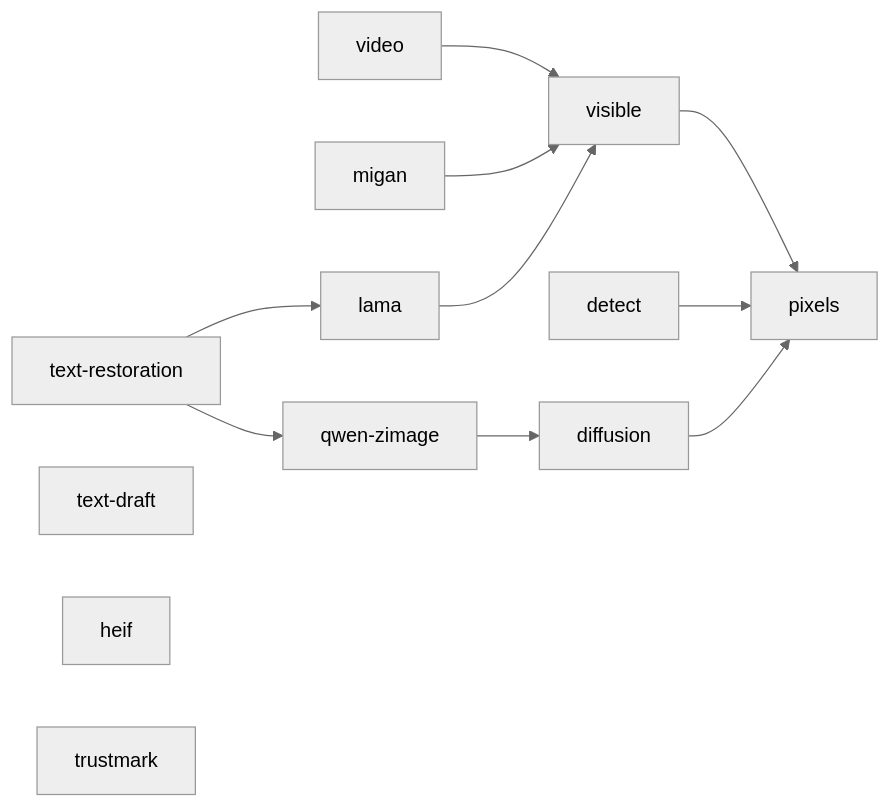
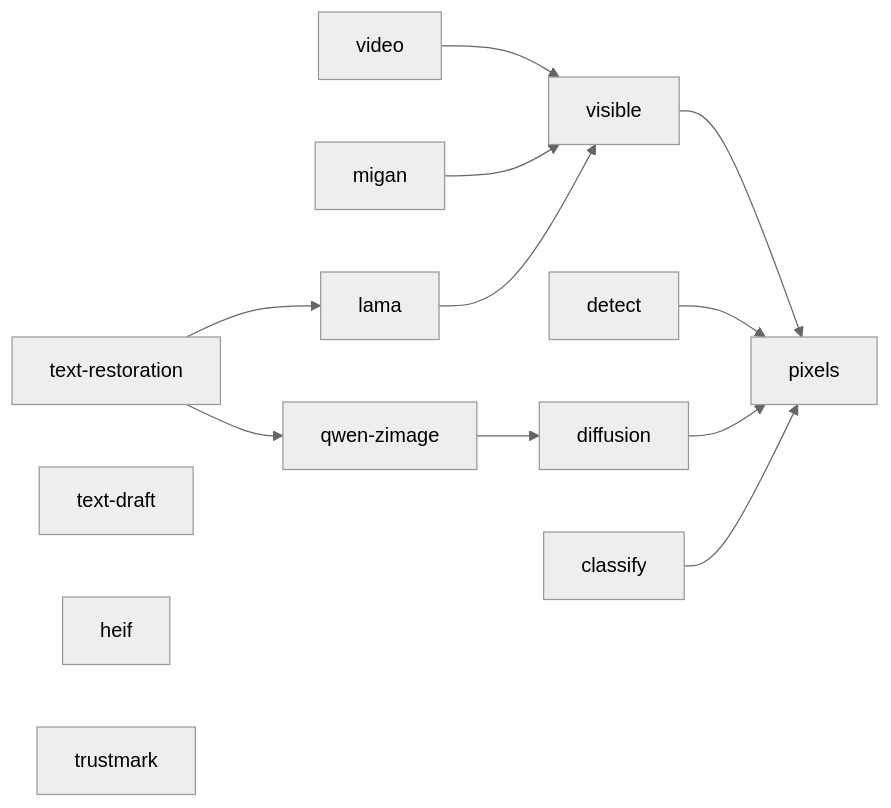
The diagram in docs/installation.md (AlphaCatMeow/remove-ai-watermarks), drawn with Mermaid (neutral theme) before and after one commit. The commit also changed other lines of this file and 24 other files, not shown here.

````diff
--- a/docs/installation.md
+++ b/docs/installation.md
@@ -126,15 +127,16 @@
 ```mermaid
 flowchart LR
     visible --> pixels
     video --> visible
     detect --> pixels
     diffusion --> pixels
     migan --> visible
     lama --> visible
     qwen["qwen-zimage"] --> diffusion
     text["text-restoration"] --> qwen
     text --> lama
     draft["text-draft"]
     heif
     trustmark
+    classify --> pixels
 ```
````
